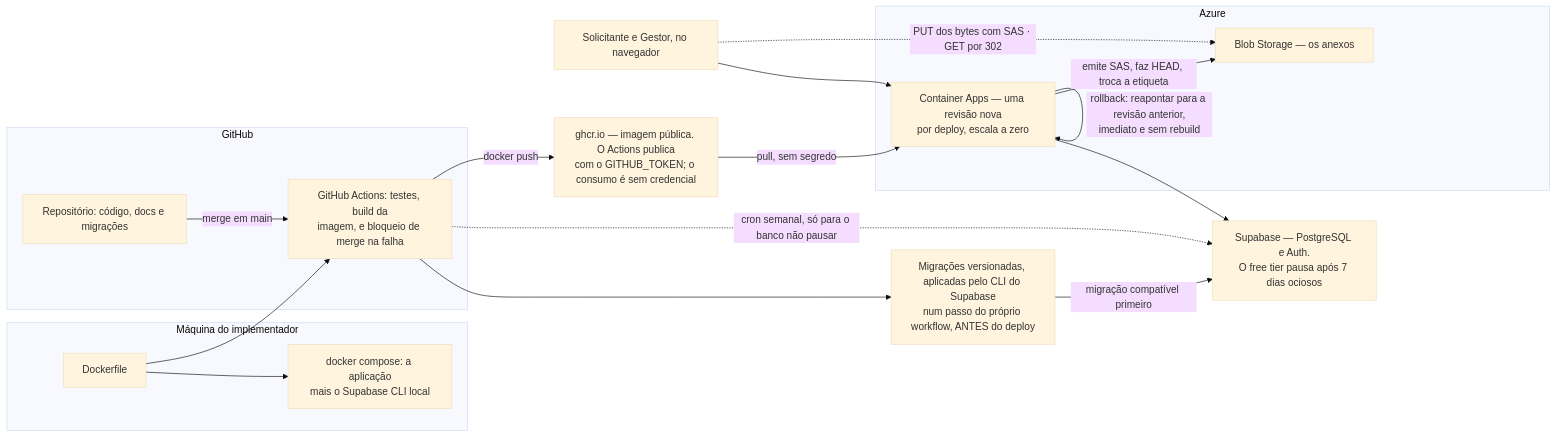
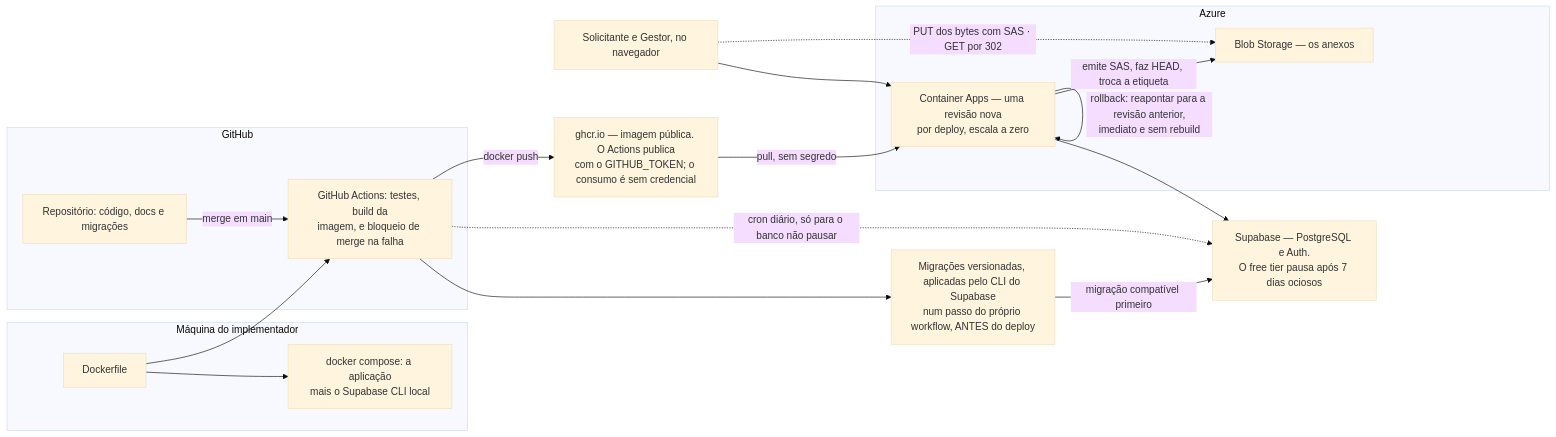
The third of 3 diagrams in docs/arquitetura.md (natanjunior/8FSDT-Hackathon), drawn with Mermaid (base theme) before and after one commit. The commit also changed other lines of this file and 1 other file, not shown here.

````diff
--- a/docs/arquitetura.md
+++ b/docs/arquitetura.md
@@ -781,38 +781,38 @@
 ```mermaid
 flowchart LR
     subgraph DEV["Máquina do implementador"]
         DF["Dockerfile"]
         DKR["docker compose: a aplicação<br/>mais o Supabase CLI local"]
     end
 
     subgraph GH["GitHub"]
         REPO["Repositório: código, docs e migrações"]
         GA["GitHub Actions: testes, build da<br/>imagem, e bloqueio de merge na falha"]
     end
 
     GHCR["ghcr.io — imagem pública. O Actions publica<br/>com o GITHUB_TOKEN; o consumo é sem credencial"]
 
     subgraph AZ["Azure"]
         ACA["Container Apps — uma revisão nova<br/>por deploy, escala a zero"]
         BLOB["Blob Storage — os anexos"]
     end
 
     SUPA["Supabase — PostgreSQL e Auth.<br/>O free tier pausa após 7 dias ociosos"]
     USR["Solicitante e Gestor, no navegador"]
     MIG["Migrações versionadas, aplicadas pelo CLI do Supabase<br/>num passo do próprio workflow, ANTES do deploy"]
 
     DF --> DKR
     DF --> GA
     REPO -->|"merge em main"| GA
     GA --> MIG
     MIG -->|"migração compatível primeiro"| SUPA
     GA -->|"docker push"| GHCR
     GHCR -->|"pull, sem segredo"| ACA
-    GA -.->|"cron semanal, só para o banco não pausar"| SUPA
+    GA -.->|"cron diário, só para o banco não pausar"| SUPA
 
     USR --> ACA
     ACA --> SUPA
     ACA -->|"emite SAS, faz HEAD, troca a etiqueta"| BLOB
     USR -.->|"PUT dos bytes com SAS · GET por 302"| BLOB
     ACA -->|"rollback: reapontar para a revisão anterior,<br/>imediato e sem rebuild"| ACA
 ```
````
